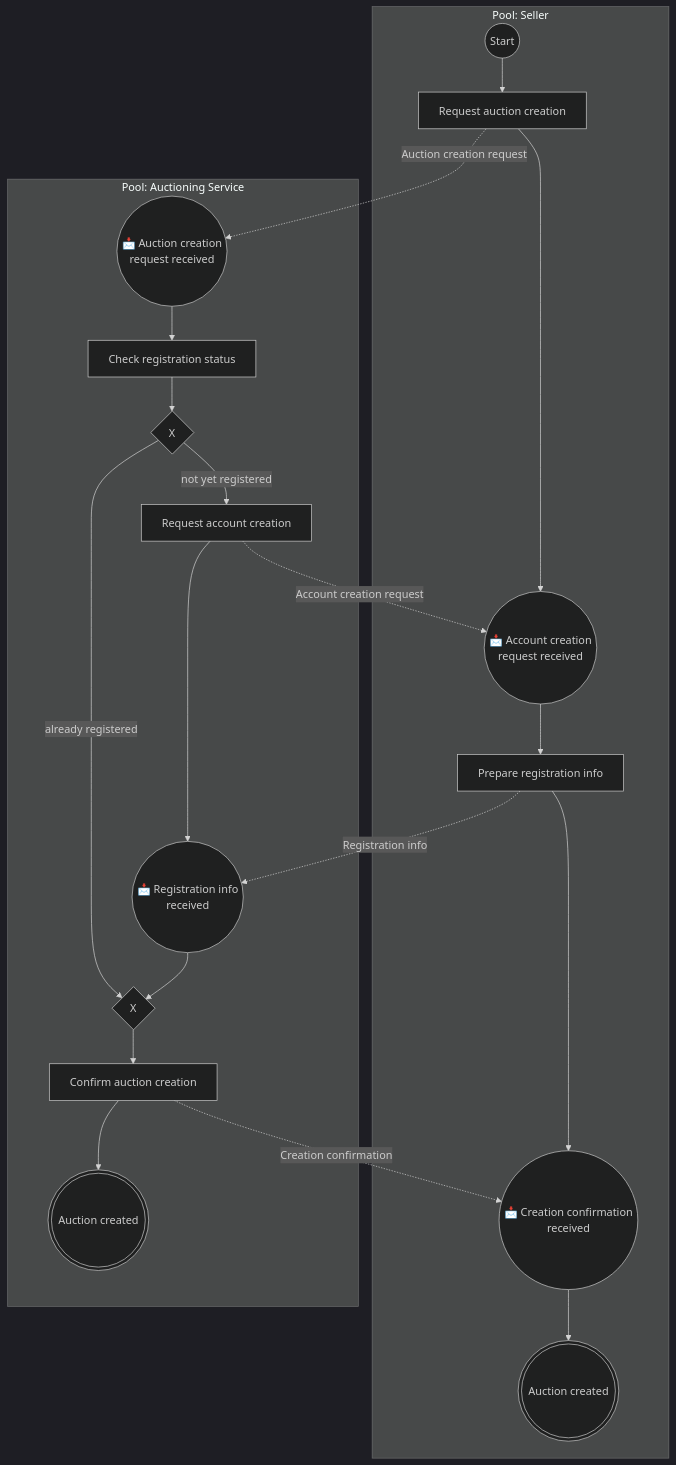
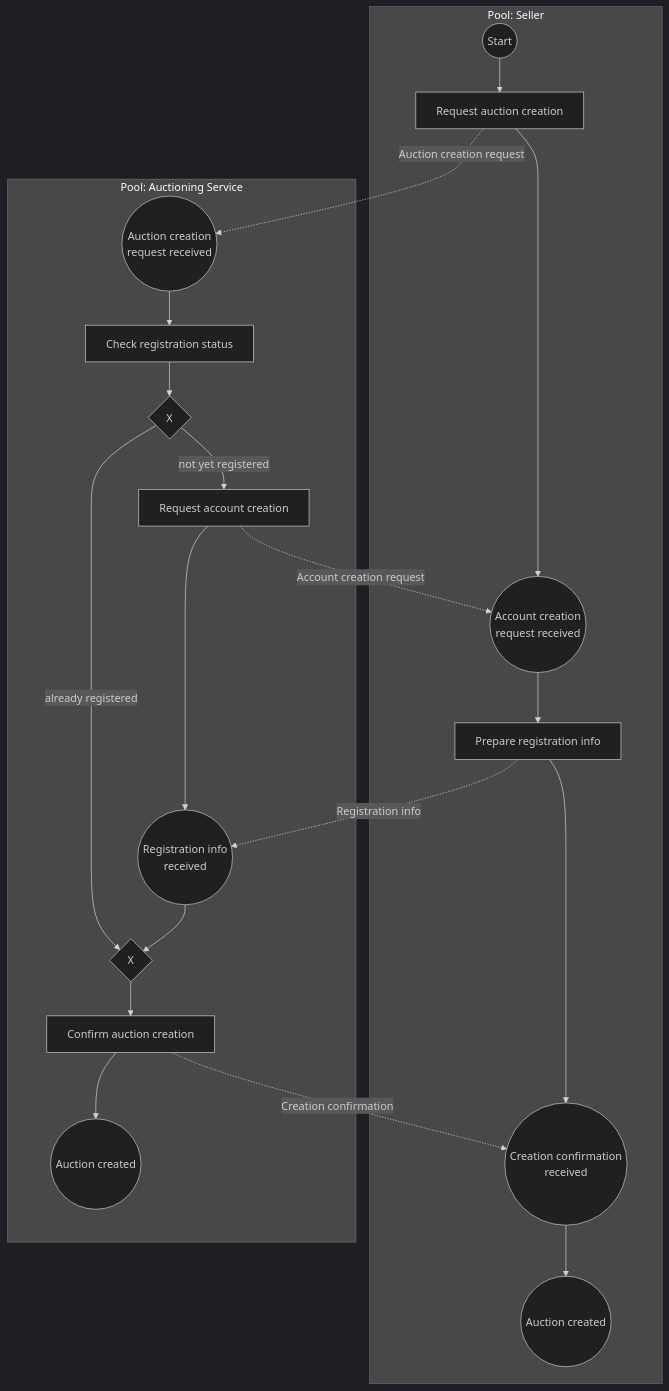
Before and after one commit to VieTee2705/Business_Process: the third of 4 diagrams in Document/03-Ngan-Hang-Quiz-Va-Giai-Thich.md, drawn with Mermaid (dark theme). The commit also changed other lines of this file, not shown here.

````diff
--- a/Document/03-Ngan-Hang-Quiz-Va-Giai-Thich.md
+++ b/Document/03-Ngan-Hang-Quiz-Va-Giai-Thich.md
@@ -311,16 +332,16 @@
 ```mermaid
 flowchart TB
     subgraph Seller["Pool: Seller"]
-        S1((Start)) --> ST1[Request auction creation] --> SM1(("📩 Account creation<br/>request received")) --> ST2[Prepare registration info] --> SM2(("📩 Creation confirmation<br/>received")) --> S2(((Auction created)))
+        S1(("Start")) --> ST1["Request auction creation"] --> SM1(("Account creation<br/>request received")) --> ST2["Prepare registration info"] --> SM2(("Creation confirmation<br/>received")) --> S2(("Auction created"))
     end
     subgraph Service["Pool: Auctioning Service"]
-        A1(("📩 Auction creation<br/>request received")) --> AT1[Check registration status] --> AX1{"X"}
-        AX1 -->|not yet registered| AT2[Request account creation] --> AM1(("📩 Registration info<br/>received")) --> AX2{"X"}
-        AX1 -->|already registered| AX2
-        AX2 --> AT3[Confirm auction creation] --> A2(((Auction created)))
+        A1(("Auction creation<br/>request received")) --> AT1["Check registration status"] --> AX1{"X"}
+        AX1 -->|"not yet registered"| AT2["Request account creation"] --> AM1(("Registration info<br/>received")) --> AX2{"X"}
+        AX1 -->|"already registered"| AX2
+        AX2 --> AT3["Confirm auction creation"] --> A2(("Auction created"))
     end
     ST1 -.->|"Auction creation request"| A1
     AT2 -.->|"Account creation request"| SM1
     ST2 -.->|"Registration info"| AM1
     AT3 -.->|"Creation confirmation"| SM2
 ```
````
